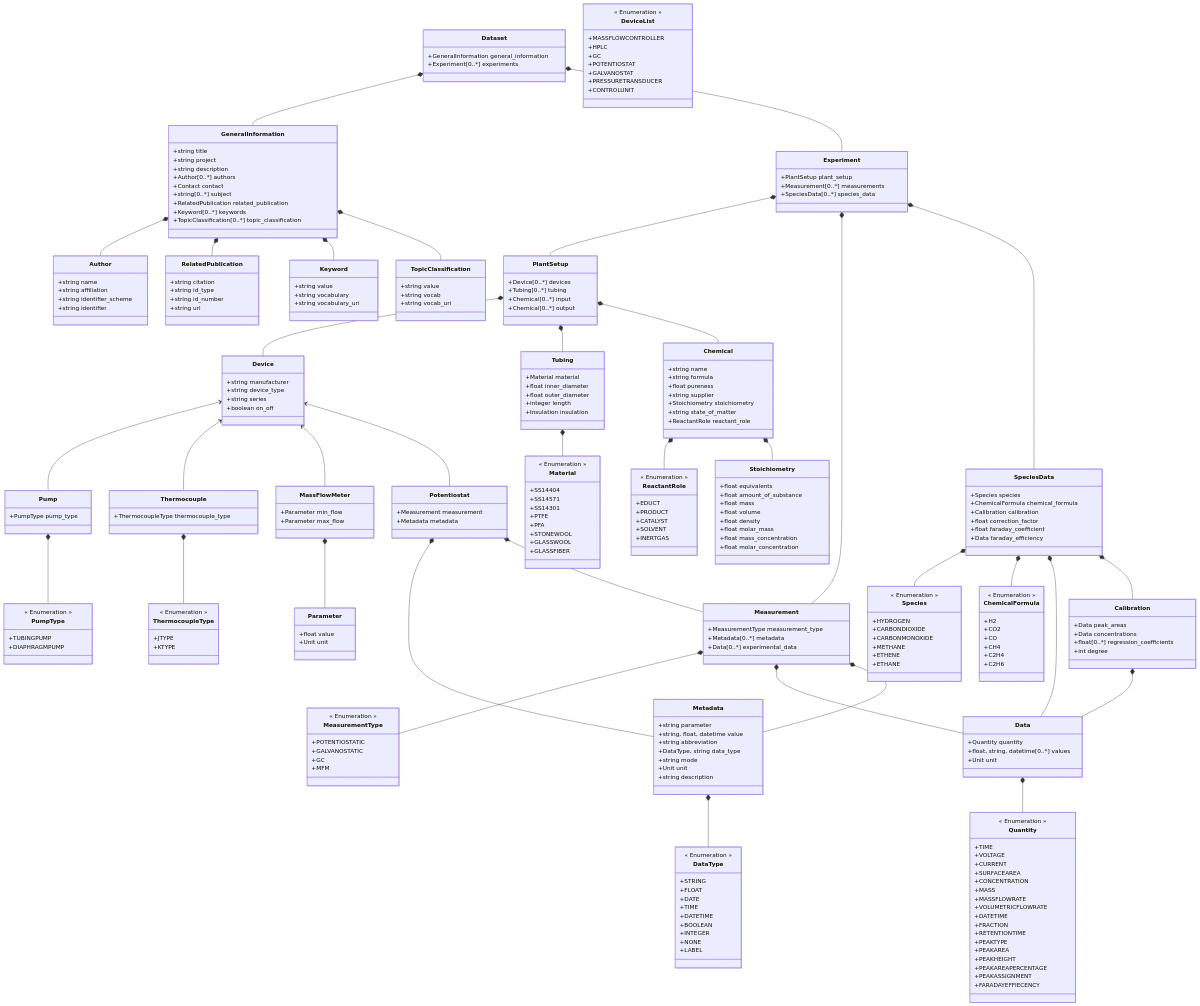
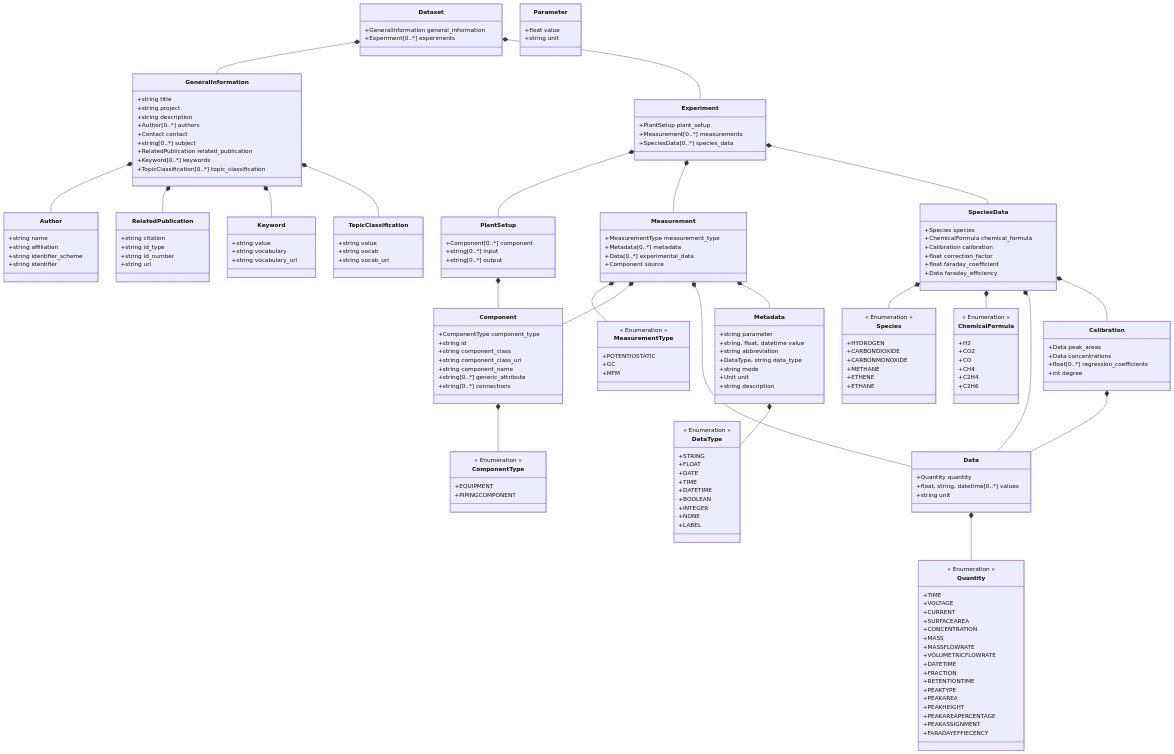
Before and after one commit to FAIRChemistry/FAIRFlow: the diagram in FAIRFlowChemistry/schemes/fairflowchemistry_schema.md, drawn with Mermaid. The commit also changed 20 other files, not shown here.

````diff
--- a/FAIRFlowChemistry/schemes/fairflowchemistry_schema.md
+++ b/FAIRFlowChemistry/schemes/fairflowchemistry_schema.md
@@ -1,9 +1,5 @@
 ```mermaid
 classDiagram
-    Device <-- Pump
-    Device <-- Thermocouple
-    Device <-- MassFlowMeter
-    Device <-- Potentiostat
     Dataset *-- GeneralInformation
     Dataset *-- Experiment
     GeneralInformation *-- Author
@@ -13,20 +9,12 @@
     Experiment *-- PlantSetup
     Experiment *-- Measurement
     Experiment *-- SpeciesData
-    PlantSetup *-- Device
-    PlantSetup *-- Tubing
-    PlantSetup *-- Chemical
-    Pump *-- PumpType
-    Thermocouple *-- ThermocoupleType
-    MassFlowMeter *-- Parameter
-    Potentiostat *-- Metadata
-    Potentiostat *-- Measurement
-    Tubing *-- Material
-    Chemical *-- ReactantRole
-    Chemical *-- Stoichiometry
+    PlantSetup *-- Component
+    Component *-- ComponentType
     Data *-- Quantity
     Metadata *-- DataType
     Measurement *-- MeasurementType
+    Measurement *-- Component
     Measurement *-- Data
     Measurement *-- Metadata
     SpeciesData *-- Species
@@ -85,75 +73,30 @@
     }
     
     class PlantSetup {
-        +Device[0..*] devices
-        +Tubing[0..*] tubing
-        +Chemical[0..*] input
-        +Chemical[0..*] output
+        +Component[0..*] component
+        +string[0..*] input
+        +string[0..*] output
     }
     
-    class Device {
-        +string manufacturer
-        +string device_type
-        +string series
-        +boolean on_off
-    }
-    
-    class Pump {
-        +PumpType pump_type
-    }
-    
-    class Thermocouple {
-        +ThermocoupleType thermocouple_type
-    }
-    
-    class MassFlowMeter {
-        +Parameter min_flow
-        +Parameter max_flow
+    class Component {
+        +ComponentType component_type
+        +string id
+        +string component_class
+        +string component_class_uri
+        +string component_name
+        +string[0..*] generic_attribute
+        +string[0..*] connections
     }
     
     class Parameter {
         +float value
-        +Unit unit
-    }
-    
-    class Potentiostat {
-        +Measurement measurement
-        +Metadata metadata
-    }
-    
-    class Tubing {
-        +Material material
-        +float inner_diameter
-        +float outer_diameter
-        +integer length
-        +Insulation insulation
-    }
-    
-    class Chemical {
-        +string name
-        +string formula
-        +float pureness
-        +string supplier
-        +Stoichiometry stoichiometry
-        +string state_of_matter
-        +ReactantRole reactant_role
-    }
-    
-    class Stoichiometry {
-        +float equivalents
-        +float amount_of_substance
-        +float mass
-        +float volume
-        +float density
-        +float molar_mass
-        +float mass_concentration
-        +float molar_concentration
+        +string unit
     }
     
     class Data {
         +Quantity quantity
         +float, string, datetime[0..*] values
-        +Unit unit
+        +string unit
     }
     
     class Metadata {
@@ -170,6 +113,7 @@
         +MeasurementType measurement_type
         +Metadata[0..*] metadata
         +Data[0..*] experimental_data
+        +Component source
     }
     
     class SpeciesData {
@@ -188,6 +132,12 @@
         +int degree
     }
     
+    class ComponentType {
+        << Enumeration >>
+        +EQUIPMENT
+        +PIPINGCOMPONENT
+    }
+    
     class DataType {
         << Enumeration >>
         +STRING
@@ -199,50 +149,6 @@
         +INTEGER
         +NONE
         +LABEL
-    }
-    
-    class ThermocoupleType {
-        << Enumeration >>
-        +JTYPE
-        +KTYPE
-    }
-    
-    class Material {
-        << Enumeration >>
-        +SS14404
-        +SS14571
-        +SS14301
-        +PTFE
-        +PFA
-        +STONEWOOL
-        +GLASSWOOL
-        +GLASSFIBER
-    }
-    
-    class PumpType {
-        << Enumeration >>
-        +TUBINGPUMP
-        +DIAPHRAGMPUMP
-    }
-    
-    class ReactantRole {
-        << Enumeration >>
-        +EDUCT
-        +PRODUCT
-        +CATALYST
-        +SOLVENT
-        +INERTGAS
-    }
-    
-    class DeviceList {
-        << Enumeration >>
-        +MASSFLOWCONTROLLER
-        +HPLC
-        +GC
-        +POTENTIOSTAT
-        +GALVANOSTAT
-        +PRESSURETRANSDUCER
-        +CONTROLUNIT
     }
     
     class Quantity {
@@ -269,7 +175,6 @@
     class MeasurementType {
         << Enumeration >>
         +POTENTIOSTATIC
-        +GALVANOSTATIC
         +GC
         +MFM
     }
````
